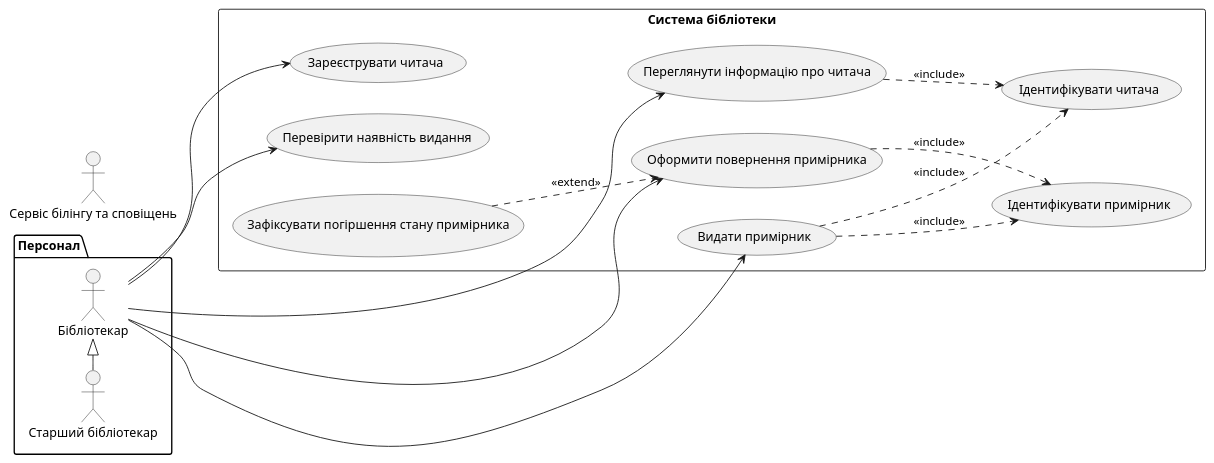
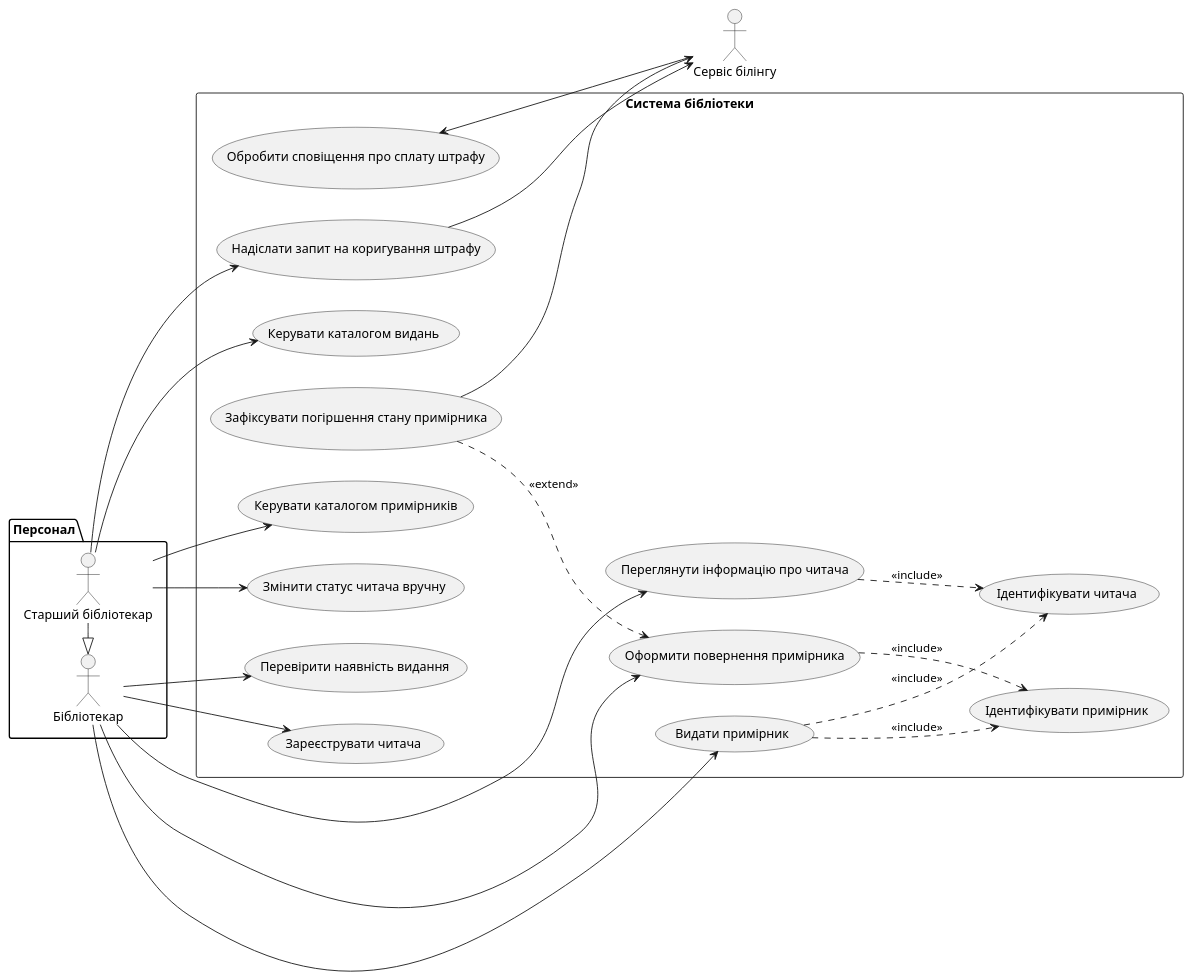
One commit to matveivadimovih-cell/mavpzlabs changed the diagram in lab2/diagrams/use-case.puml. Above: the diagram before and after it, drawn with PlantUML.

Commit message:
feat(use-case): додати use case до Старшого бібліотекаря, Зовнішнього сервісу

```diff
--- a/lab2/diagrams/use-case.puml
+++ b/lab2/diagrams/use-case.puml
@@ -1,36 +1,52 @@
 @startuml
 left to right direction
 
 package "Персонал"{
     actor "Бібліотекар" as lib
     actor "Старший бібліотекар" as sLib 
 }
 
-actor "Сервіс білінгу та сповіщень" as bil
+actor "Сервіс білінгу" as bil
 
 sLib -|> lib 
 
 rectangle "Система бібліотеки"{
     usecase "Зареєструвати читача" as UCRegister
     usecase "Ідентифікувати примірник" as UCIdentifyCopy
     usecase "Ідентифікувати читача" as UCIdentifyReader
     usecase "Переглянути інформацію про читача" as UCViewReaderInfo
     usecase "Перевірити наявність видання" as UCFindPublication
     usecase "Видати примірник" as UCIssue
     usecase "Оформити повернення примірника" as UCReturn
     usecase "Зафіксувати погіршення стану примірника" as UCRecord
+    usecase "Надіслати запит на коригування штрафу" as UCManageFines
+
+    usecase "Керувати каталогом видань" as UCManagePublication
+    usecase "Керувати каталогом примірників" as UCManageCopy
+    usecase "Змінити статус читача вручну" as UCChangeReaderStatus
+
+    usecase "Обробити сповіщення про сплату штрафу" as UCNotifyFinePayment
 }
 
 lib --> UCIssue
 lib --> UCReturn
 lib --> UCFindPublication
 lib --> UCRegister
 lib --> UCViewReaderInfo
 
+sLib --> UCManagePublication
+sLib --> UCManageCopy
+sLib --> UCChangeReaderStatus
+sLib --> UCManageFines
+
+UCRecord --> bil
+UCManageFines --> bil
+bil -left-> UCNotifyFinePayment
+
 UCRecord ..> UCReturn : <<extend>>
 UCIssue ..> UCIdentifyReader : <<include>>
 UCViewReaderInfo ..> UCIdentifyReader : <<include>>
 UCIssue ..> UCIdentifyCopy : <<include>>
 UCReturn ..> UCIdentifyCopy : <<include>>
 
 @enduml
```
